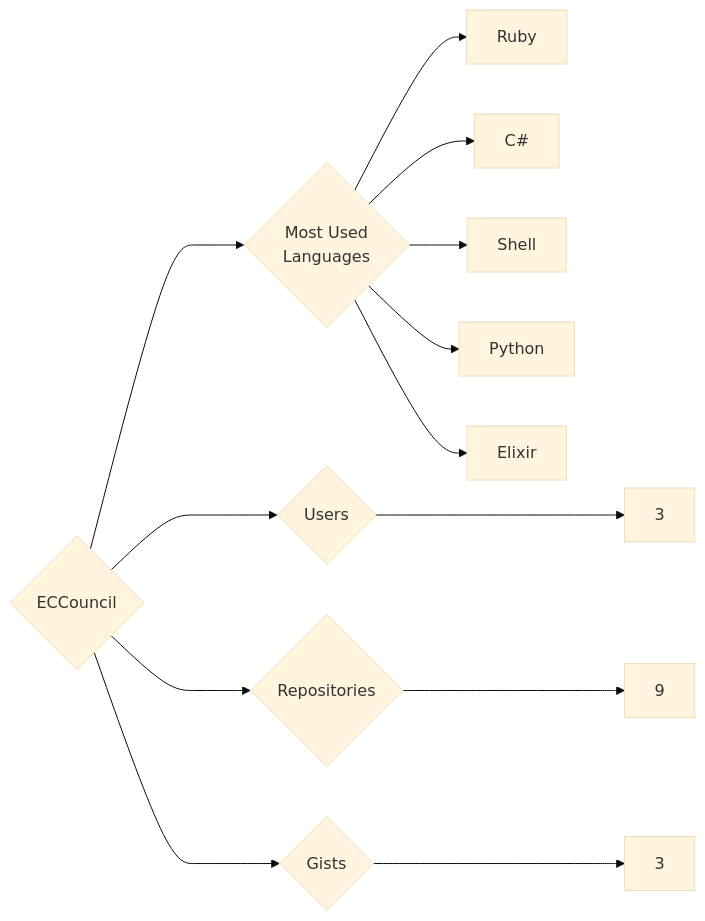
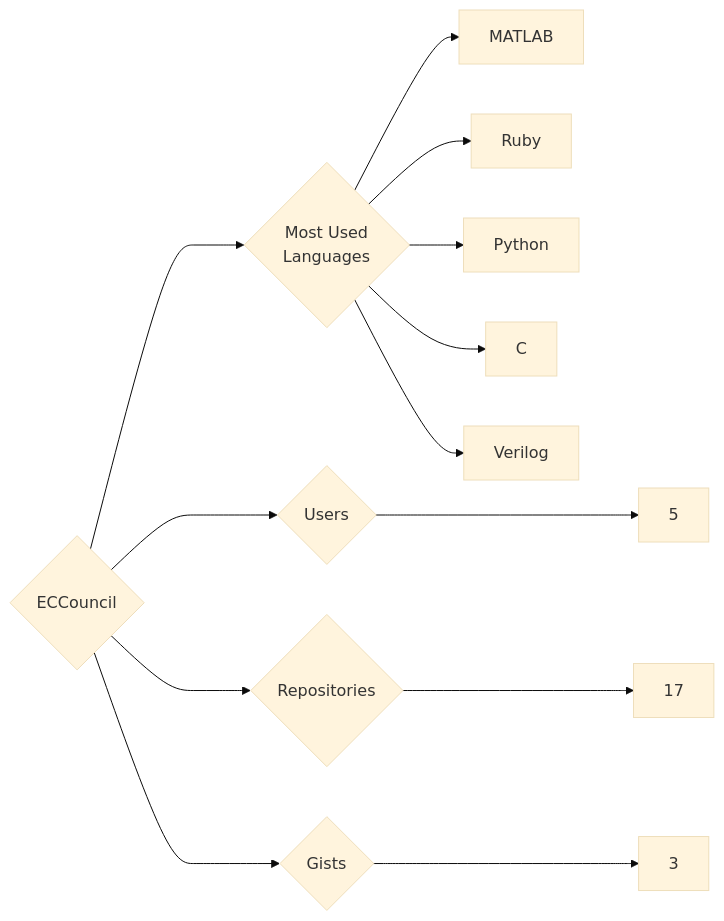
One commit to trickest/insiders changed the diagram in targets/ECCouncil/README.md. Above: the diagram before and after it, drawn with Mermaid (base theme). The commit also changed 1088 other files, not shown here.

````diff
--- a/targets/ECCouncil/README.md
+++ b/targets/ECCouncil/README.md
@@ -3,13 +3,13 @@
 ```mermaid
 graph LR
 COMPANY_NAME{ECCouncil}
-COMPANY_NAME ---> U{Users} ---> UN[3]
-COMPANY_NAME ---> R{Repositories} ---> RN[9]
+COMPANY_NAME ---> U{Users} ---> UN[5]
+COMPANY_NAME ---> R{Repositories} ---> RN[17]
 COMPANY_NAME ---> G{Gists} ---> GN[3]
 COMPANY_NAME ---> ML{Most Used<br>Languages}
+ML --> MATLAB[MATLAB]
 ML --> Ruby[Ruby]
-ML --> C#[C#]
-ML --> Shell[Shell]
 ML --> Python[Python]
-ML --> Elixir[Elixir]
+ML --> C[C]
+ML --> Verilog[Verilog]
 ```
````
